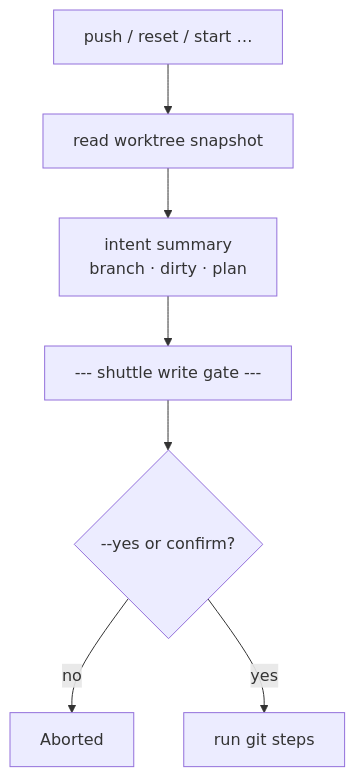
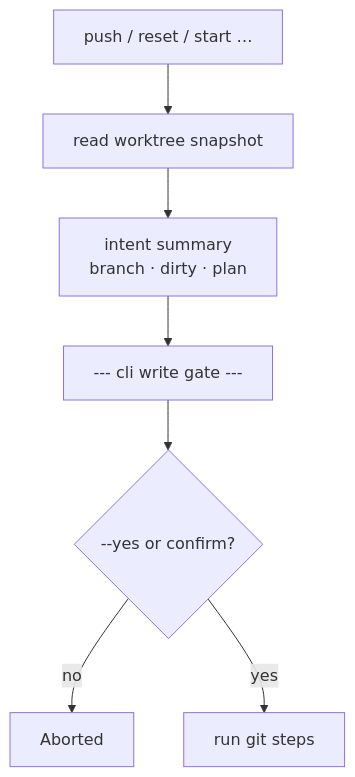
The fourth of 7 diagrams in docs/workflows.md (gardusig/cli), drawn with Mermaid before and after one commit. The commit also changed other lines of this file and 289 other files, not shown here.

First line of the commit message:
Rename shuttle to cli across package, docs, scripts, and tests.

````diff
--- a/docs/workflows.md
+++ b/docs/workflows.md
@@ -105,9 +105,9 @@
 ```mermaid
 flowchart TD
     A["push / reset / start …"] --> B["read worktree snapshot"]
     B --> C["intent summary<br/>branch · dirty · plan"]
-    C --> D["--- shuttle write gate ---"]
+    C --> D["--- cli write gate ---"]
     D --> E{"--yes or confirm?"}
     E -->|no| F["Aborted"]
     E -->|yes| G["run git steps"]
 ```
````
